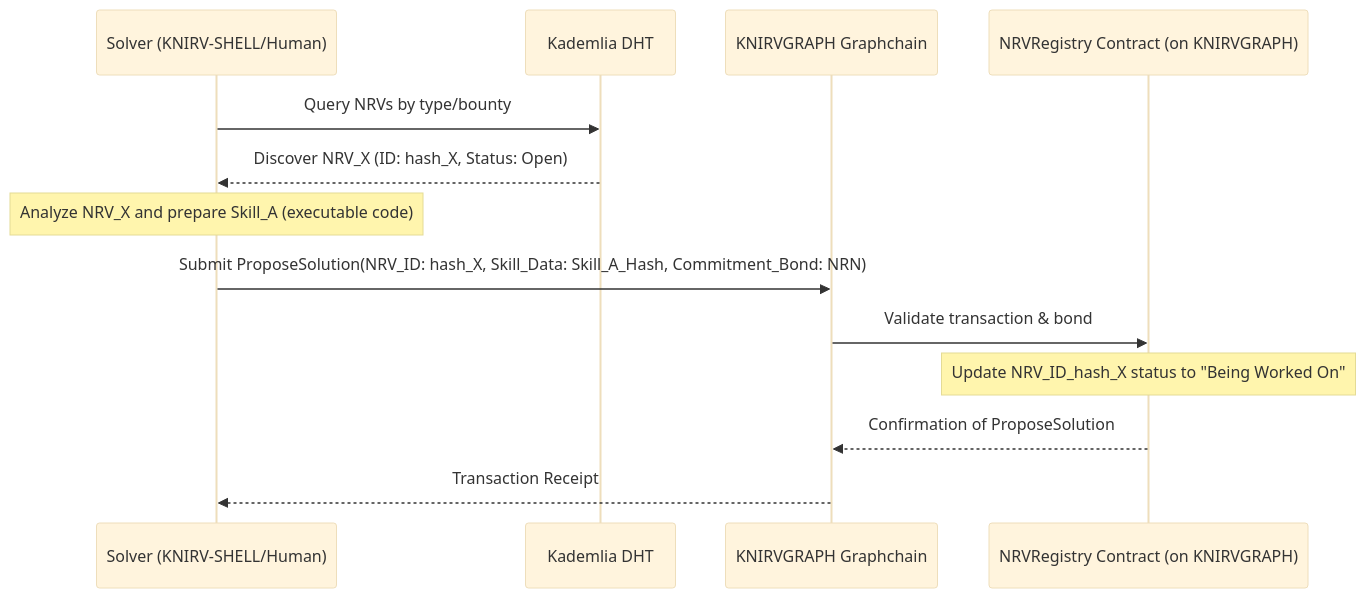
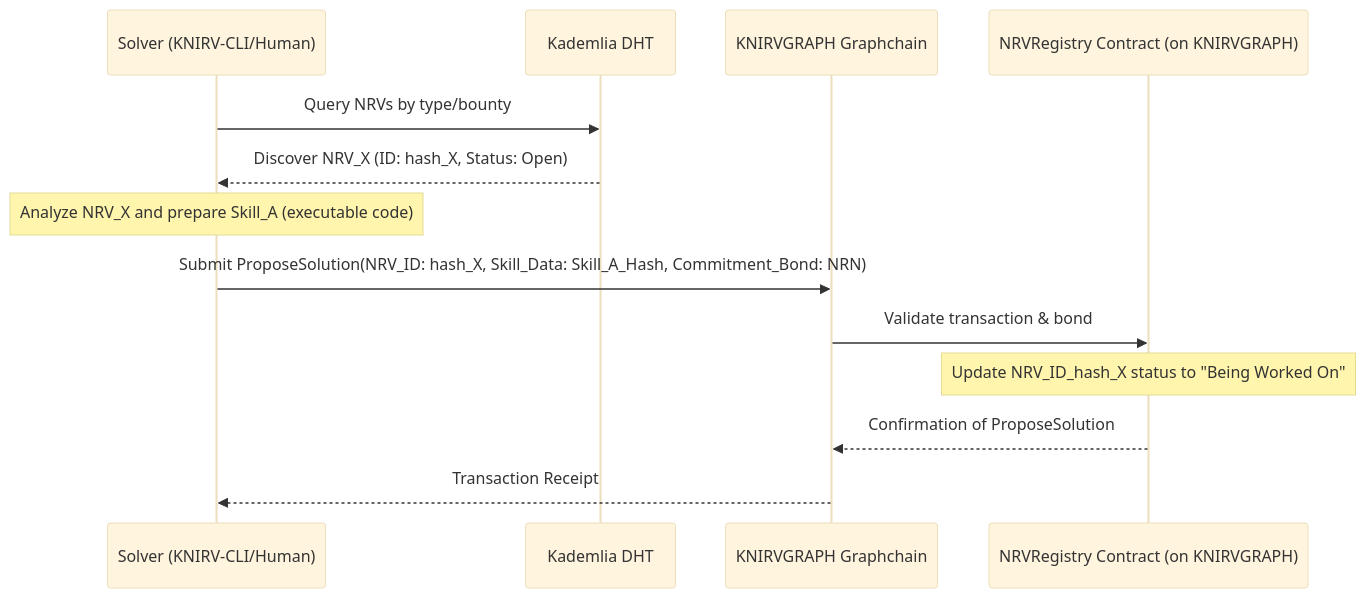
Before and after one commit to guiperry/KNIRV_NETWORK: the third of 9 diagrams in KNIRVGATEWAY/documentation/docsify/whitepapers/KNIRV-GRAPH_Whitepaper.md, drawn with Mermaid (base theme). The commit also changed other lines of this file and 1506 other files, not shown here.

````diff
--- a/KNIRVGATEWAY/documentation/docsify/whitepapers/KNIRV-GRAPH_Whitepaper.md
+++ b/KNIRVGATEWAY/documentation/docsify/whitepapers/KNIRV-GRAPH_Whitepaper.md
@@ -205,20 +205,20 @@
 ```mermaid
 sequenceDiagram
-    participant Solver as Solver (KNIRV-SHELL/Human)
+    participant Solver as Solver (KNIRV-CLI/Human)
     participant DHT as Kademlia DHT
     participant KGBC as KNIRVGRAPH Graphchain
     participant NRC as NRVRegistry Contract (on KNIRVGRAPH)
     
     Solver->>DHT: Query NRVs by type/bounty
     DHT-->>Solver: Discover NRV_X (ID: hash_X, Status: Open)
     
     Note over Solver: Analyze NRV_X and prepare Skill_A (executable code)
     
     Solver->>KGBC: Submit ProposeSolution(NRV_ID: hash_X, Skill_Data: Skill_A_Hash, Commitment_Bond: NRN)
     KGBC->>NRC: Validate transaction & bond
     
     Note over NRC: Update NRV_ID_hash_X status to "Being Worked On"
     
     NRC-->>KGBC: Confirmation of ProposeSolution
     KGBC-->>Solver: Transaction Receipt
 ```
````
